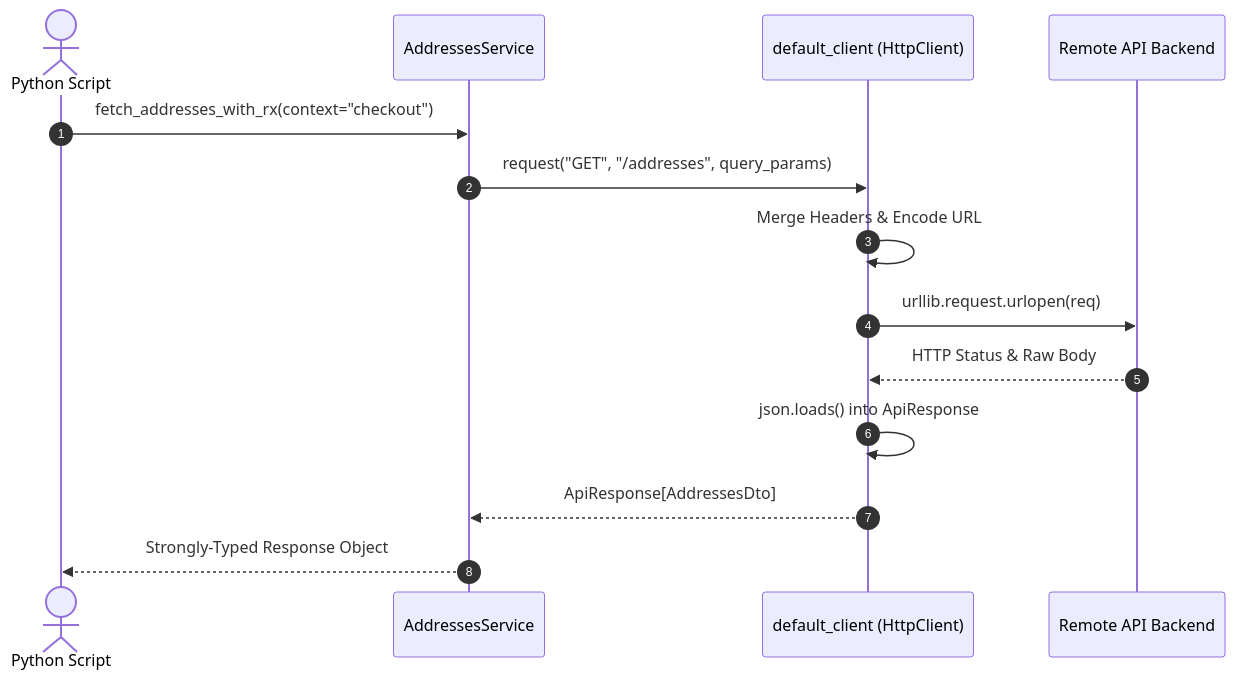
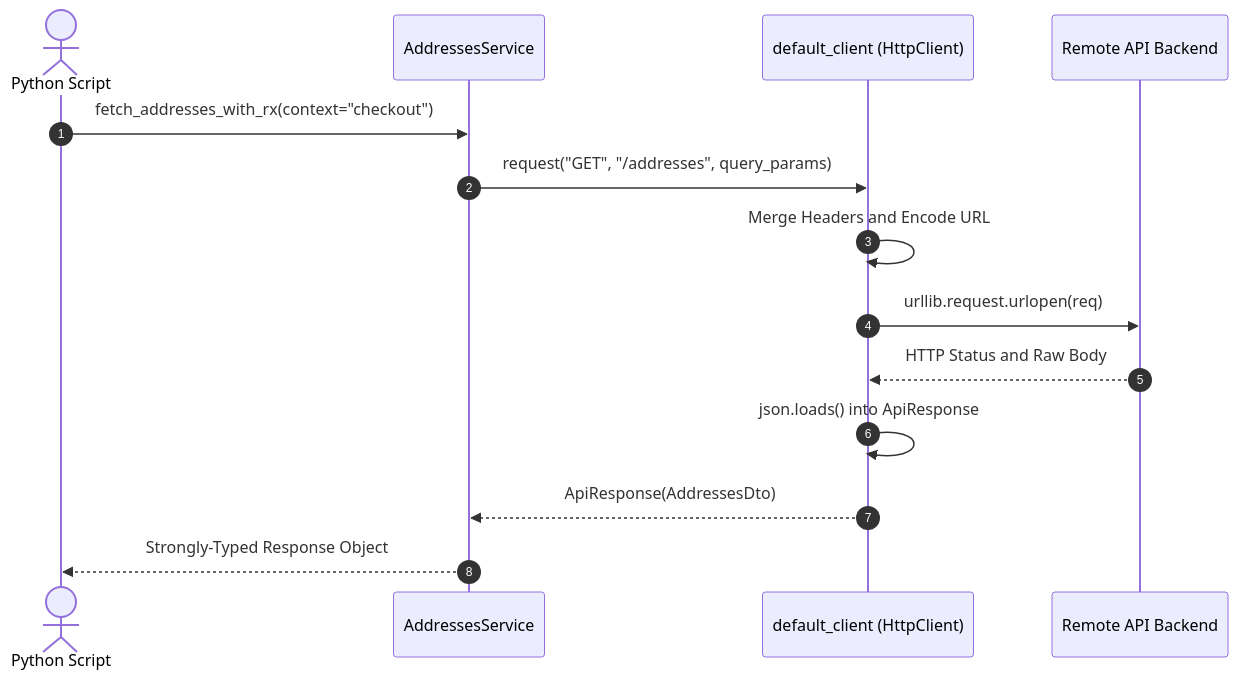
Before and after one commit to chahakshahcs5/retrofit-sdk-gen: the diagram in docs/python.md, drawn with Mermaid. The commit also changed 13 other files, not shown here.

Commit message:
fix(docs): quote Mermaid edge labels and sanitize syntax for GitHub renderer

````diff
--- a/docs/python.md
+++ b/docs/python.md
@@ -47,17 +47,17 @@
 ```mermaid
 sequenceDiagram
     autonumber
     actor App as Python Script
     participant Service as AddressesService
     participant Client as default_client (HttpClient)
     participant API as Remote API Backend
 
     App->>Service: fetch_addresses_with_rx(context="checkout")
     Service->>Client: request("GET", "/addresses", query_params)
-    Client->>Client: Merge Headers & Encode URL
+    Client->>Client: Merge Headers and Encode URL
     Client->>API: urllib.request.urlopen(req)
-    API-->>Client: HTTP Status & Raw Body
+    API-->>Client: HTTP Status and Raw Body
     Client->>Client: json.loads() into ApiResponse
-    Client-->>Service: ApiResponse[AddressesDto]
+    Client-->>Service: ApiResponse(AddressesDto)
     Service-->>App: Strongly-Typed Response Object
 ```
````
